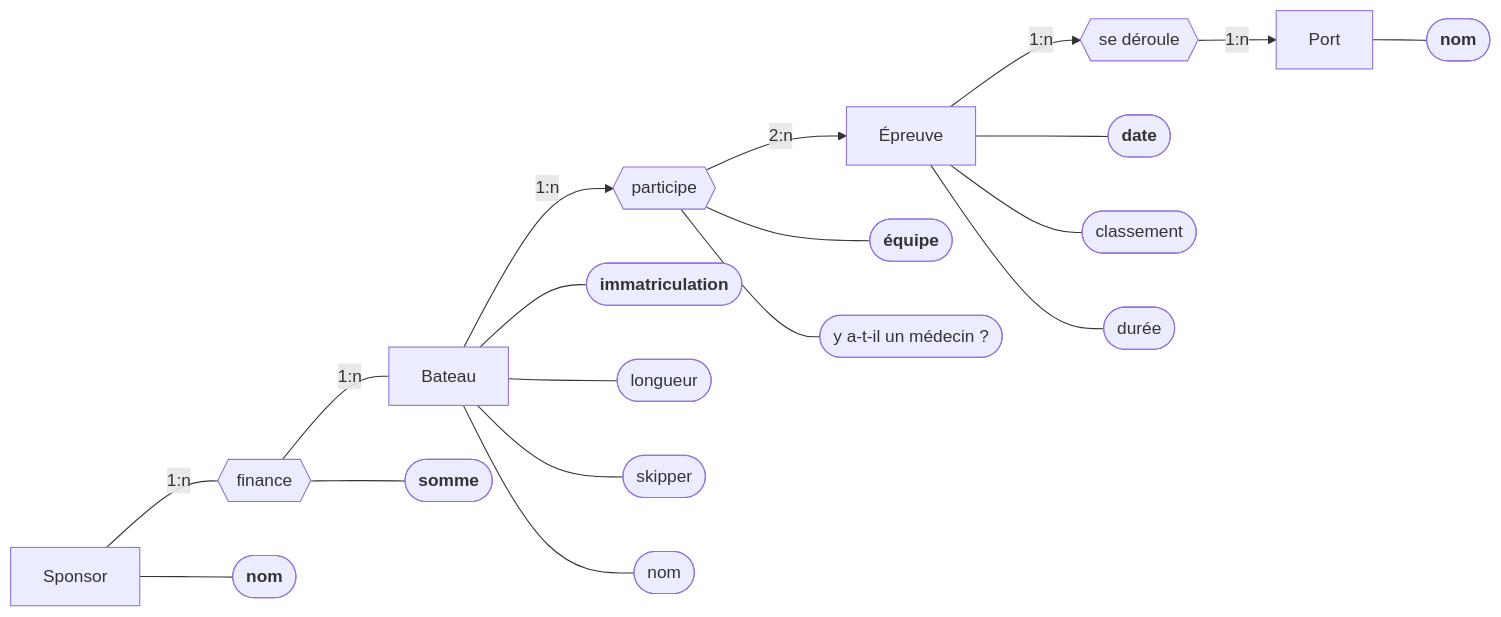
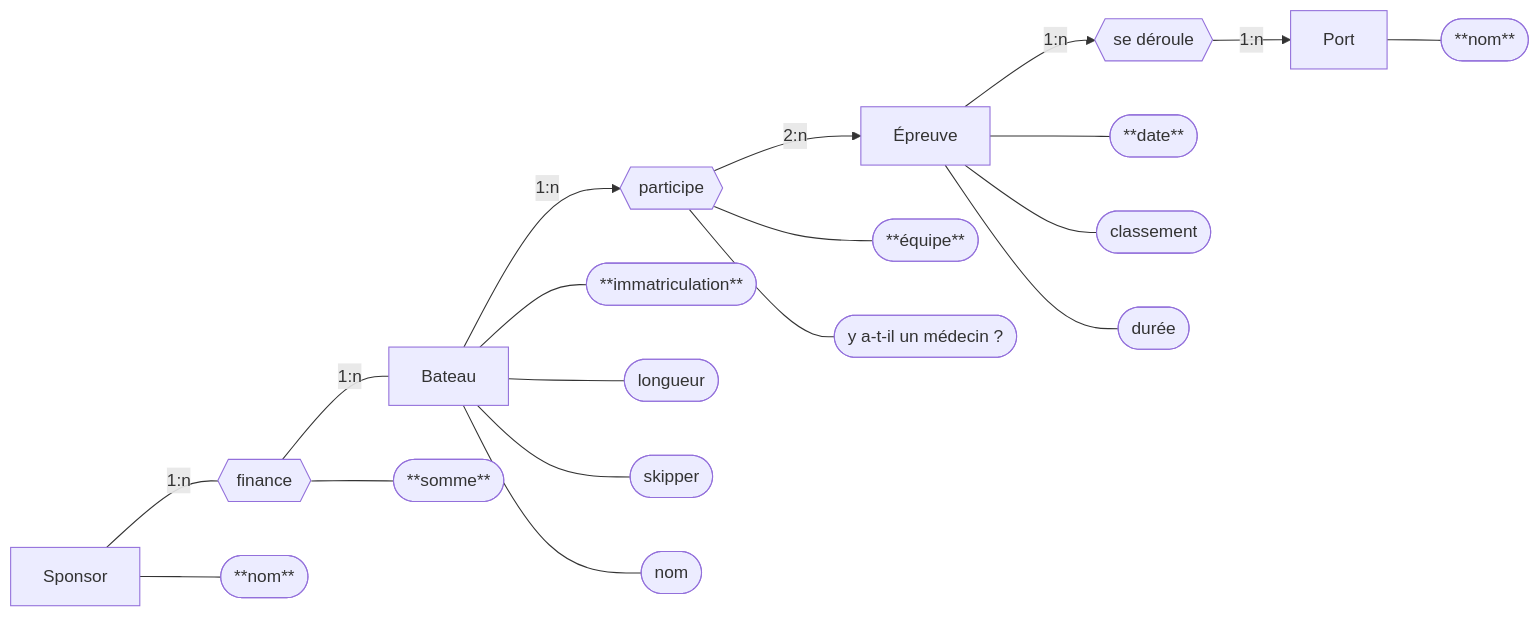
Before and after one commit to Atellane/NSI_2023_2024: the diagram in base_de_donnee/chapitre_1/schema_exo_5.md, drawn with Mermaid. The commit also changed other lines of this file and 1 other file, not shown here.

Commit message:
correction petites erreures de syntaxe

````diff
--- a/base_de_donnee/chapitre_1/schema_exo_5.md
+++ b/base_de_donnee/chapitre_1/schema_exo_5.md
@@ -17,40 +17,40 @@
 ```mermaid
 flowchart LR
 EntityClassBoat["Bateau"]
 EntityClassSponsor["Sponsor"]
 EntityClassTest["Épreuve"]
 EntityClassSeaport["Port"]
 AssociationClassFinance{{"finance"}}
 AssociationClassParticipate{{"participe"}}
 AssociationClassTakesPlace{{"se déroule"}}
-BoatAttribute1(["`**immatriculation**`"])
+BoatAttribute1(["**immatriculation**"])
 BoatAttribute2(["longueur"])
 BoatAttribute3(["skipper"])
 BoatAttribute4(["nom"])
-SponsorAttribute1(["`**nom**`"])
-TestAttribute1(["`**date**`"])
+SponsorAttribute1(["**nom**"])
+TestAttribute1(["**date**"])
 TestAttribute2(["classement"])
 TestAttribute3(["durée"])
-SeaportAttribute1(["`**nom**`"])
-FinanceAttribute1(["`**somme**`"])
-ParticipateAttribute1(["`**équipe**`"])
+SeaportAttribute1(["**nom**"])
+FinanceAttribute1(["**somme**"])
+ParticipateAttribute1(["**équipe**"])
 ParticipateAttribute2(["y a-t-il un médecin ?"])
 EntityClassSponsor -- 1:n --- AssociationClassFinance
 AssociationClassFinance -- 1:n --- EntityClassBoat
 EntityClassBoat -- 1:n --> AssociationClassParticipate
 AssociationClassParticipate -- 2:n --> EntityClassTest
 EntityClassTest -- 1:n --> AssociationClassTakesPlace
 AssociationClassTakesPlace -- 1:n --> EntityClassSeaport
 EntityClassBoat --- BoatAttribute1
 EntityClassBoat --- BoatAttribute2
 EntityClassBoat --- BoatAttribute3
 EntityClassBoat --- BoatAttribute4
 EntityClassSponsor --- SponsorAttribute1
 EntityClassTest --- TestAttribute1
 EntityClassTest --- TestAttribute2
 EntityClassTest --- TestAttribute3
 EntityClassSeaport --- SeaportAttribute1
 AssociationClassFinance --- FinanceAttribute1
 AssociationClassParticipate --- ParticipateAttribute1
 AssociationClassParticipate --- ParticipateAttribute2
 ```
````
